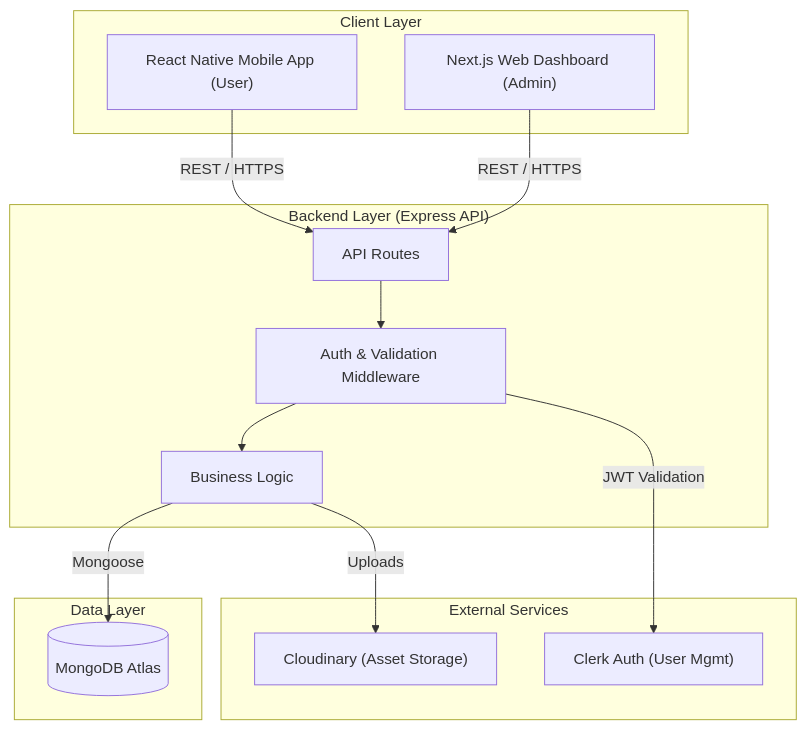
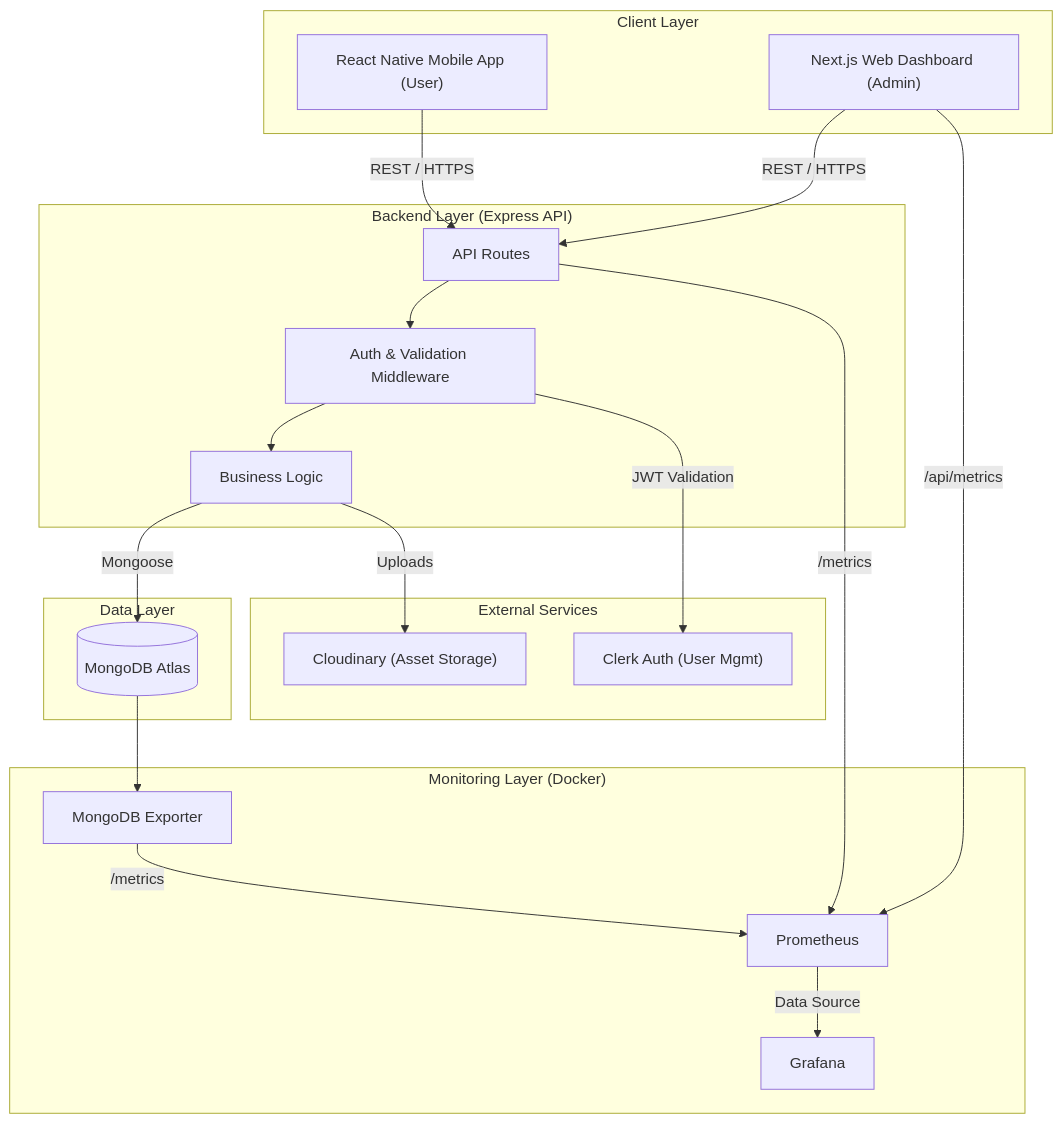
The diagram in docs/architecture.md (asma-mf/cinepal), drawn with Mermaid before and after one commit. The commit also changed other lines of this file and 13 other files, not shown here.

Commit message:
feat: implement observability stack with Prometheus and Grafana for backend and admin metrics

````diff
--- a/docs/architecture.md
+++ b/docs/architecture.md
@@ -7,33 +7,46 @@
 ```mermaid
 graph TB
     subgraph Clients ["Client Layer"]
         Mobile["React Native Mobile App (User)"]
         Admin["Next.js Web Dashboard (Admin)"]
     end
 
     subgraph API ["Backend Layer (Express API)"]
         Routes["API Routes"]
         Middleware["Auth & Validation Middleware"]
         Controllers["Business Logic"]
     end
 
     subgraph External ["External Services"]
         Clerk["Clerk Auth (User Mgmt)"]
         Cloudinary["Cloudinary (Asset Storage)"]
     end
 
     subgraph Data ["Data Layer"]
         MongoDB[("MongoDB Atlas")]
     end
 
+    subgraph Monitoring ["Monitoring Layer (Docker)"]
+        Prometheus["Prometheus"]
+        Grafana["Grafana"]
+        MongoExporter["MongoDB Exporter"]
+    end
+
     %% Connections
     Mobile -- "REST / HTTPS" --> Routes
     Admin -- "REST / HTTPS" --> Routes
     
     Routes --> Middleware
     Middleware --> Controllers
     
     Middleware -- "JWT Validation" --> Clerk
     Controllers -- "Mongoose" --> MongoDB
     Controllers -- "Uploads" --> Cloudinary
+    
+    %% Monitoring Connections
+    Routes -- "/metrics" --> Prometheus
+    Admin -- "/api/metrics" --> Prometheus
+    MongoDB --> MongoExporter
+    MongoExporter -- "/metrics" --> Prometheus
+    Prometheus -- "Data Source" --> Grafana
 ```
````
